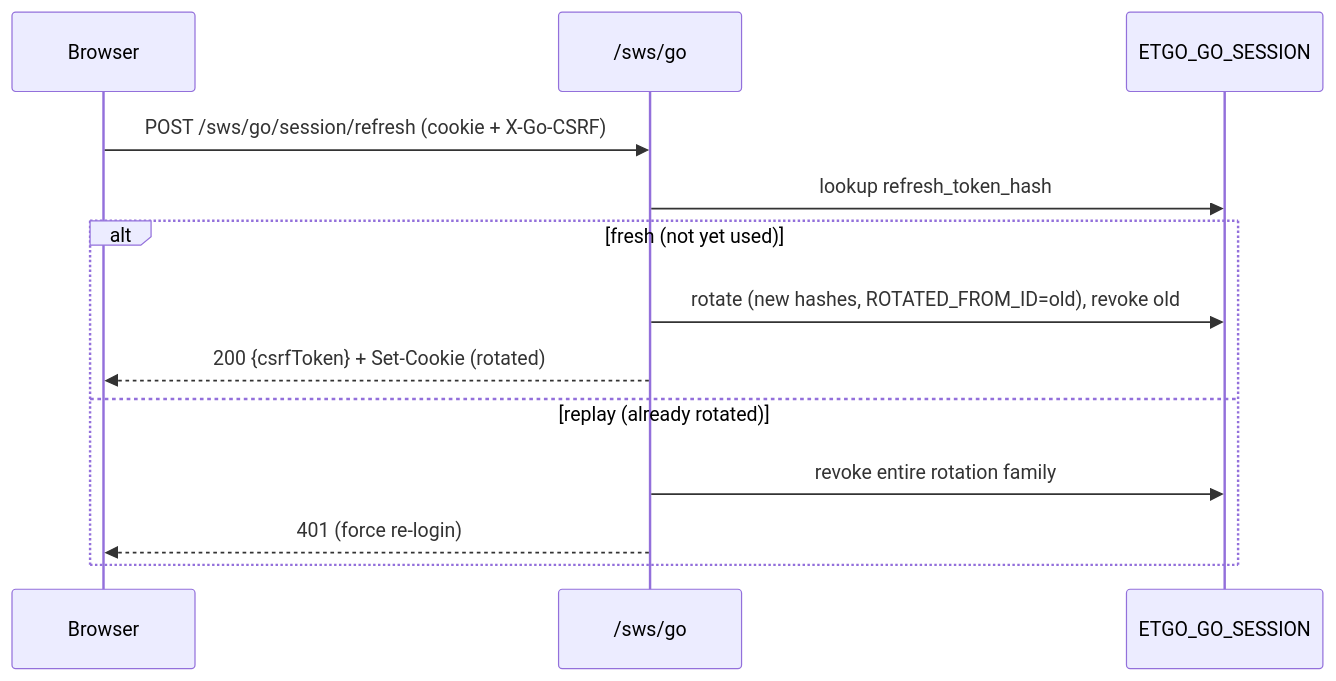
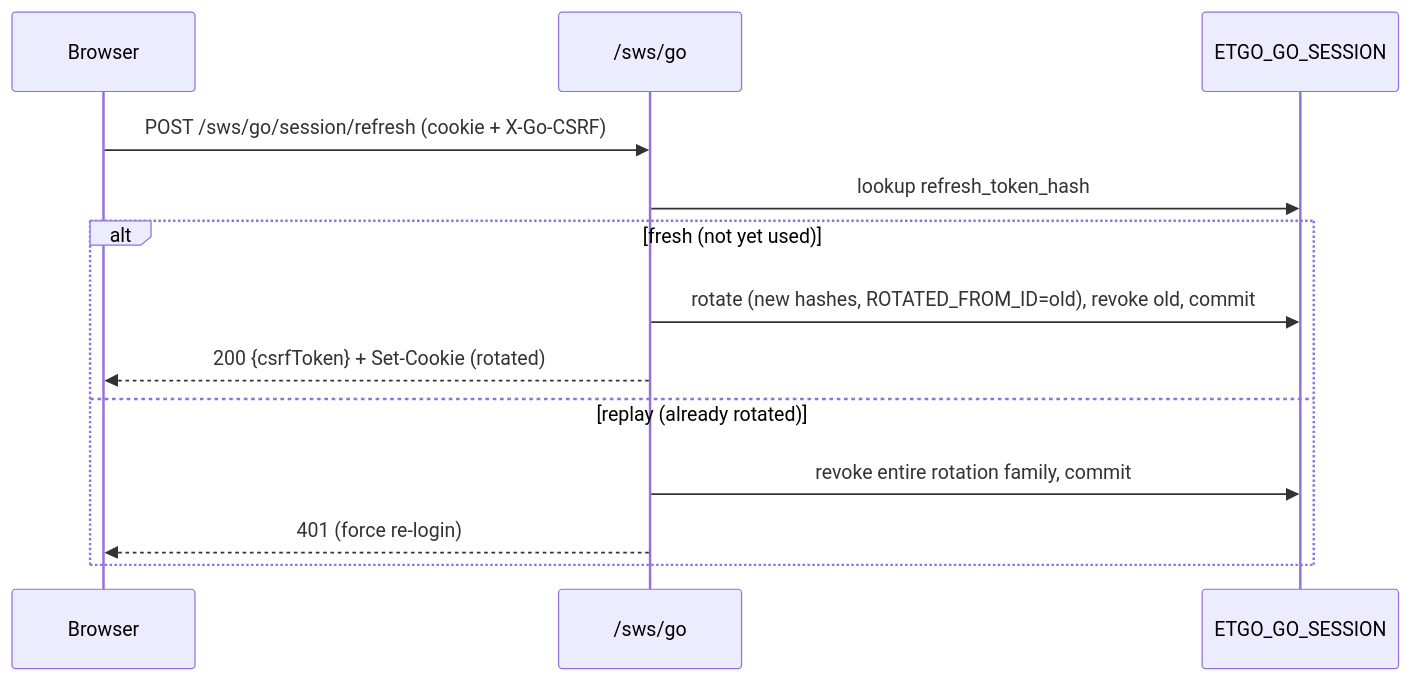
One commit to etendosoftware/com.etendoerp.go changed the fourth of 5 diagrams in docs/adr/0001-backend-managed-session.md. Above: the diagram before and after it, drawn with Mermaid. The commit also changed other lines of this file and 3 other files, not shown here.

````diff
--- a/docs/adr/0001-backend-managed-session.md
+++ b/docs/adr/0001-backend-managed-session.md
@@ -236,15 +258,15 @@
 ```mermaid
 sequenceDiagram
     participant B as Browser
     participant GO as /sws/go
     participant DB as ETGO_GO_SESSION
     B->>GO: POST /sws/go/session/refresh (cookie + X-Go-CSRF)
     GO->>DB: lookup refresh_token_hash
     alt fresh (not yet used)
-        GO->>DB: rotate (new hashes, ROTATED_FROM_ID=old), revoke old
+        GO->>DB: rotate (new hashes, ROTATED_FROM_ID=old), revoke old, commit
         GO-->>B: 200 {csrfToken} + Set-Cookie (rotated)
     else replay (already rotated)
-        GO->>DB: revoke entire rotation family
+        GO->>DB: revoke entire rotation family, commit
         GO-->>B: 401 (force re-login)
     end
 ```
````
